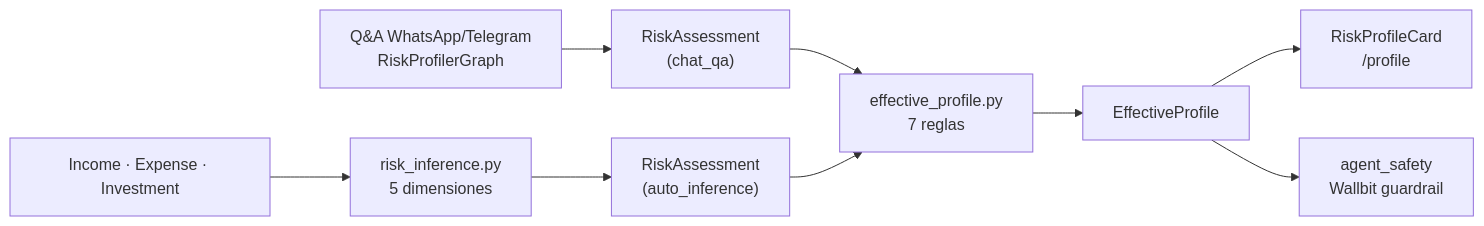
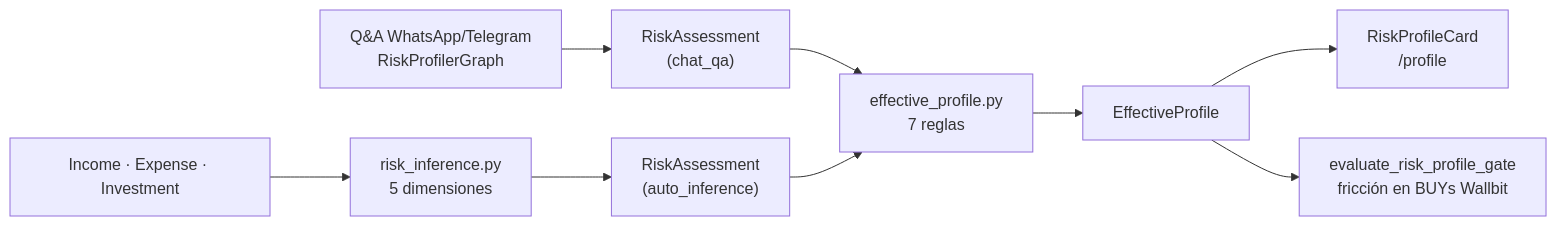
Before and after one commit to Jjat00/tresqu-api: the fourth of 4 diagrams in README.md, drawn with Mermaid. The commit also changed other lines of this file and 2 other files, not shown here.

First line of the commit message:
docs: document risk-profile gate for Wallbit BUYs (sub-fase 1.5)

````diff
--- a/README.md
+++ b/README.md
@@ -397,11 +403,11 @@
 ```mermaid
 flowchart LR
     QA["Q&A WhatsApp/Telegram<br/>RiskProfilerGraph"] --> ASSESS_QA["RiskAssessment<br/>(chat_qa)"]
     CTX["Income · Expense · Investment"] --> INF["risk_inference.py<br/>5 dimensiones"]
     INF --> ASSESS_AUTO["RiskAssessment<br/>(auto_inference)"]
     ASSESS_QA --> CMB["effective_profile.py<br/>7 reglas"]
     ASSESS_AUTO --> CMB
     CMB --> EP[EffectiveProfile]
     EP --> UI["RiskProfileCard<br/>/profile"]
-    EP --> SAFETY["agent_safety<br/>Wallbit guardrail"]
+    EP --> GATE["evaluate_risk_profile_gate<br/>fricción en BUYs Wallbit"]
 ```
````
